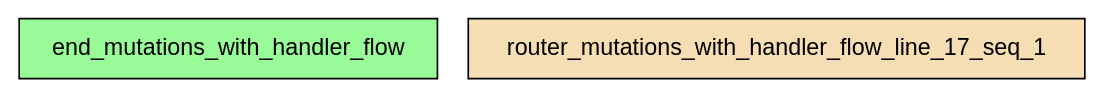
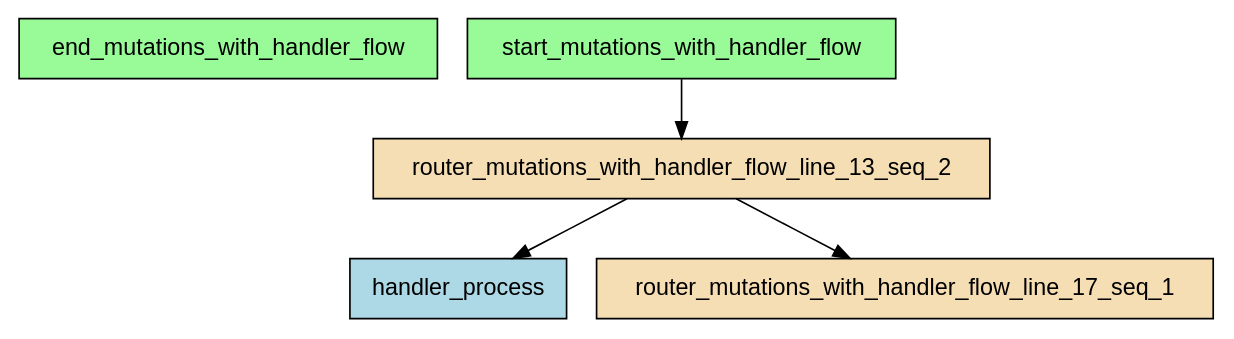
One commit to deliveryhero/asya changed the diagram in examples/flows/compiled/mutations_with_handler/flow.dot. Above: the diagram before and after it, drawn with Graphviz. The commit also changed 232 other files, not shown here.

```diff
--- a/examples/flows/compiled/mutations_with_handler/flow.dot
+++ b/examples/flows/compiled/mutations_with_handler/flow.dot
@@ -1,8 +1,14 @@
 digraph "mutations_with_handler_flow" {
     rankdir=TB;
     node [shape=box, style=filled, fontname="Helvetica"];
 
     end_mutations_with_handler_flow [label="end_mutations_with_handler_flow", fillcolor=palegreen];
+    handler_process [label="handler_process", fillcolor=lightblue];
+    router_mutations_with_handler_flow_line_13_seq_2 [label="router_mutations_with_handler_flow_line_13_seq_2", fillcolor=wheat];
     router_mutations_with_handler_flow_line_17_seq_1 [label="router_mutations_with_handler_flow_line_17_seq_1", fillcolor=wheat];
+    start_mutations_with_handler_flow [label="start_mutations_with_handler_flow", fillcolor=palegreen];
 
+    start_mutations_with_handler_flow -> router_mutations_with_handler_flow_line_13_seq_2;
+    router_mutations_with_handler_flow_line_13_seq_2 -> handler_process;
+    router_mutations_with_handler_flow_line_13_seq_2 -> router_mutations_with_handler_flow_line_17_seq_1;
 }
```
